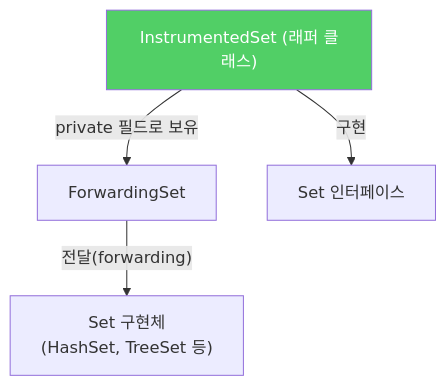
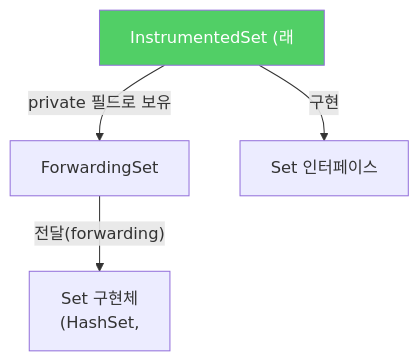
The third of 4 diagrams in _posts/java/2022-01-03-effective-java18.md (yjkim2015/yjkim2015.github.io), drawn with Mermaid before and after one commit. The commit also changed other lines of this file and 271 other files, not shown here.

First line of the commit message:
Mermaid 라벨 축소: 긴 노드 텍스트 18자 이하로 트림 + \n 제거

````diff
--- a/_posts/java/2022-01-03-effective-java18.md
+++ b/_posts/java/2022-01-03-effective-java18.md
@@ -89,7 +89,7 @@
 ```mermaid
 graph TD
-    A["InstrumentedSet (래퍼 클래스)"] -->|"private 필드로 보유"| B["ForwardingSet"]
-    B -->|"전달(forwarding)"| C["Set 구현체\n(HashSet, TreeSet 등)"]
+    A["InstrumentedSet (래"] -->|"private 필드로 보유"| B["ForwardingSet"]
+    B -->|"전달(forwarding)"| C["Set 구현체\n(HashSet,"]
     A -->|"구현"| D["Set 인터페이스"]
     style A fill:#51cf66,color:#fff
 ```
````
